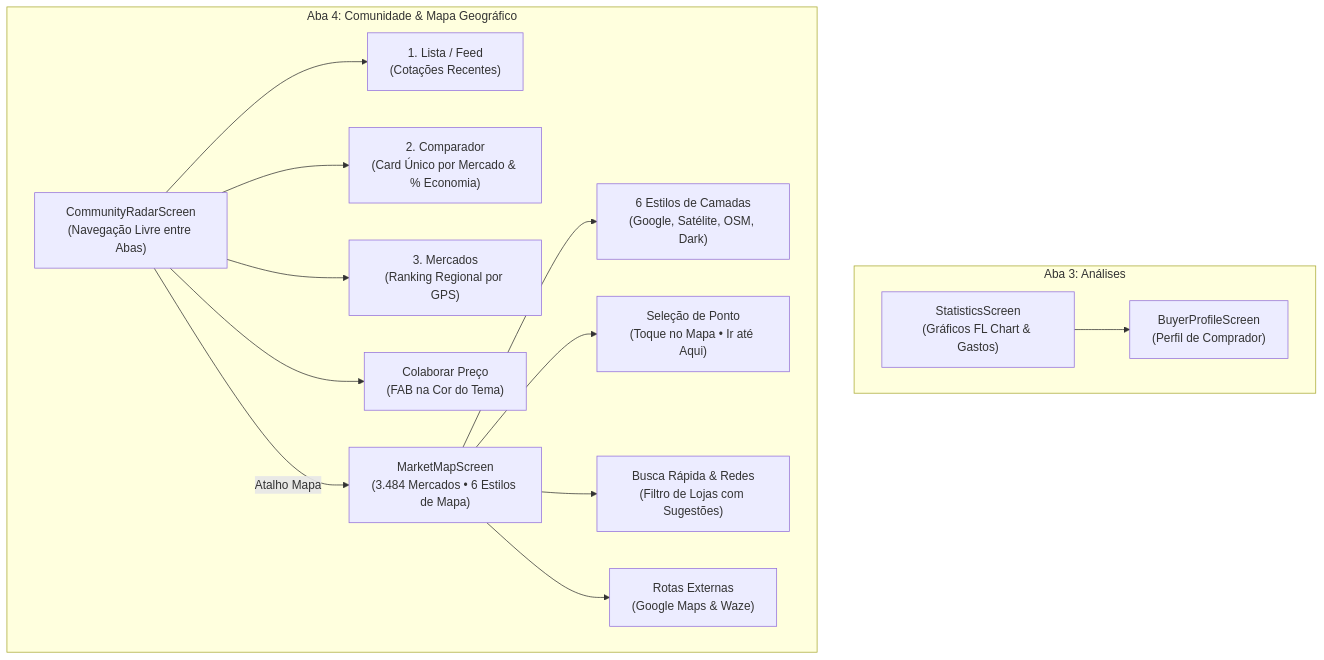
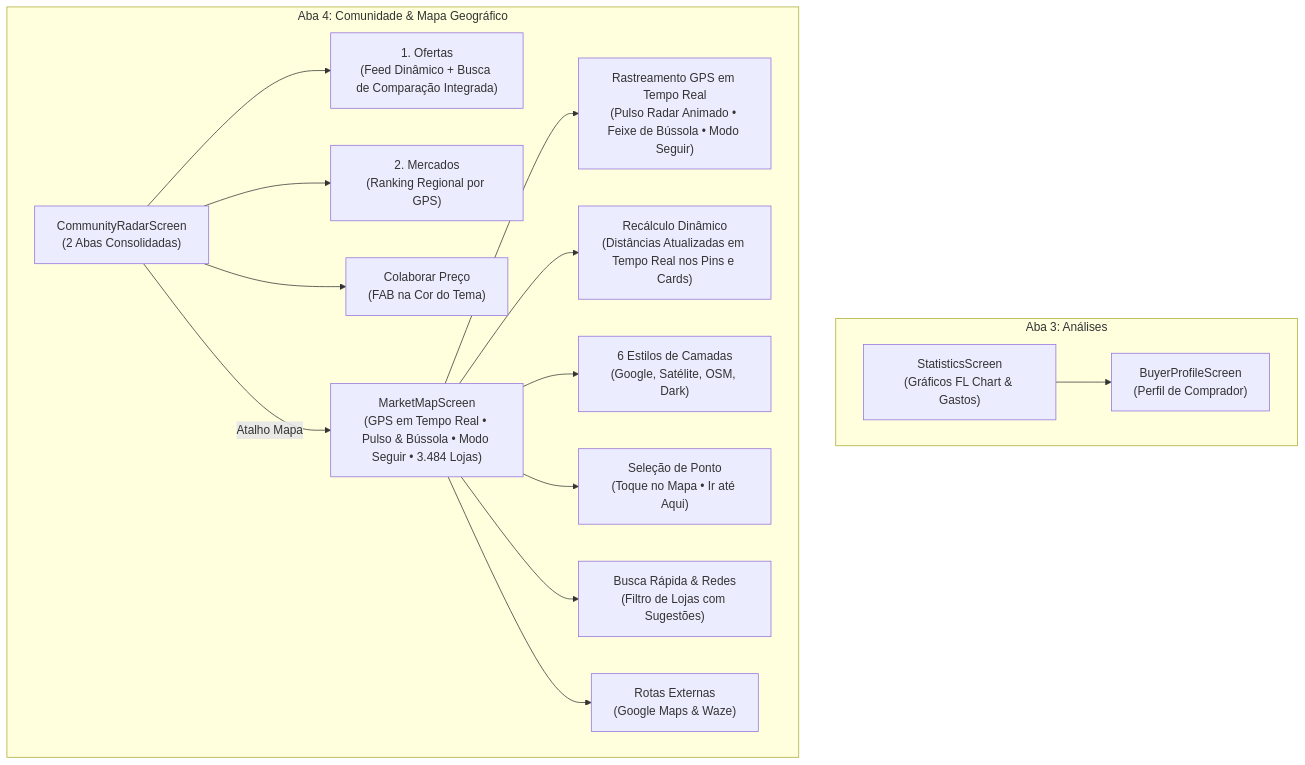
Before and after one commit to hollopocran/CARRIN: the third of 4 diagrams in docs/DOCUMENTATION.md, drawn with Mermaid. The commit also changed other lines of this file and 1 other file, not shown here.

Commit message:
docs: update architecture docs and sitemap with real-time map and community tabs (v1.3.583)

````diff
--- a/docs/DOCUMENTATION.md
+++ b/docs/DOCUMENTATION.md
@@ -73,29 +73,29 @@
 ```mermaid
 flowchart TD
   subgraph TabAnalytics["Aba 3: Análises"]
     Stats["StatisticsScreen<br/>(Gráficos FL Chart & Gastos)"]
     Profile["BuyerProfileScreen<br/>(Perfil de Comprador)"]
     Stats --> Profile
   end
 
   subgraph TabCommunity["Aba 4: Comunidade & Mapa Geográfico"]
-    Radar["CommunityRadarScreen<br/>(Navegação Livre entre Abas)"]
-    SubFeed["1. Lista / Feed<br/>(Cotações Recentes)"]
-    SubComp["2. Comparador<br/>(Card Único por Mercado & % Economia)"]
-    SubRank["3. Mercados<br/>(Ranking Regional por GPS)"]
+    Radar["CommunityRadarScreen<br/>(2 Abas Consolidadas)"]
+    SubOffers["1. Ofertas<br/>(Feed Dinâmico + Busca de Comparação Integrada)"]
+    SubMarkets["2. Mercados<br/>(Ranking Regional por GPS)"]
     Collab["Colaborar Preço<br/>(FAB na Cor do Tema)"]
     
-    Radar --> SubFeed
-    Radar --> SubComp
-    Radar --> SubRank
+    Radar --> SubOffers
+    Radar --> SubMarkets
     Radar --> Collab
     
-    Map["MarketMapScreen<br/>(3.484 Mercados • 6 Estilos de Mapa)"]
+    Map["MarketMapScreen<br/>(GPS em Tempo Real • Pulso & Bússola • Modo Seguir • 3.484 Lojas)"]
     Radar -->|"Atalho Mapa"| Map
     
+    Map --> PulseGPS["Rastreamento GPS em Tempo Real<br/>(Pulso Radar Animado • Feixe de Bússola • Modo Seguir)"]
+    Map --> DynamicDist["Recálculo Dinâmico<br/>(Distâncias Atualizadas em Tempo Real nos Pins e Cards)"]
     Map --> Layers["6 Estilos de Camadas<br/>(Google, Satélite, OSM, Dark)"]
     Map --> PointPick["Seleção de Ponto<br/>(Toque no Mapa • Ir até Aqui)"]
     Map --> SearchMap["Busca Rápida & Redes<br/>(Filtro de Lojas com Sugestões)"]
     Map --> ExternalNav["Rotas Externas<br/>(Google Maps & Waze)"]
   end
 ```
````
